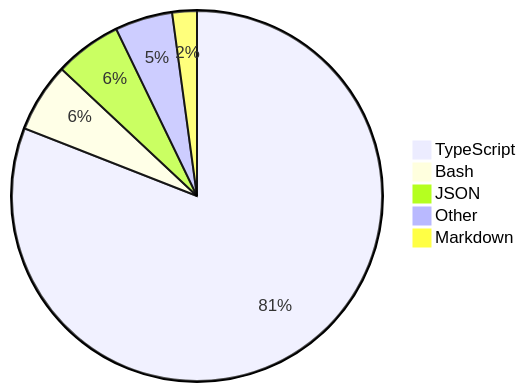
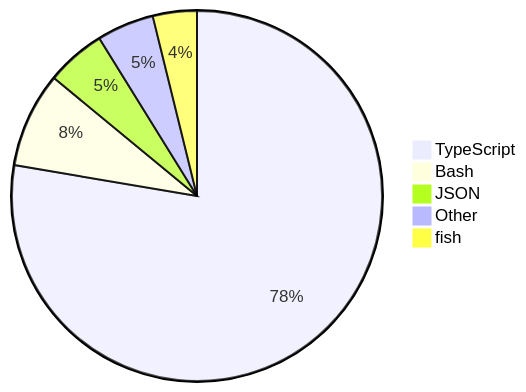
Before and after one commit to skvggor/skvggor: the diagram in README.md, drawn with Mermaid.

Commit message:
Updated waka-readme graph with new metrics

````diff
--- a/README.md
+++ b/README.md
@@ -28,8 +28,8 @@
 ```mermaid
 pie
-    "TypeScript" : 79.0
-    "Bash" : 5.9
-    "JSON" : 5.7
-    "Other" : 4.9
-    "Markdown" : 2.1
+    "TypeScript" : 74.8
+    "Bash" : 8.0
+    "JSON" : 5.0
+    "Other" : 4.8
+    "fish" : 3.7
 ```
````
